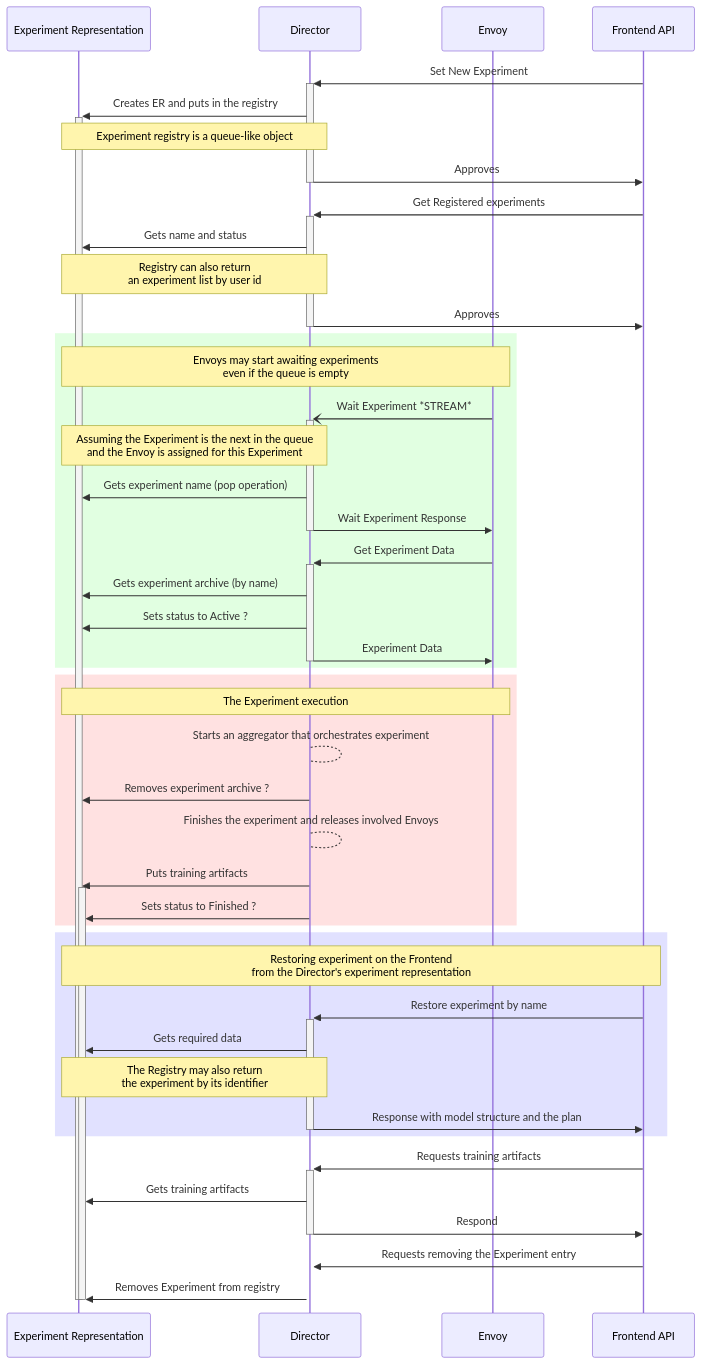
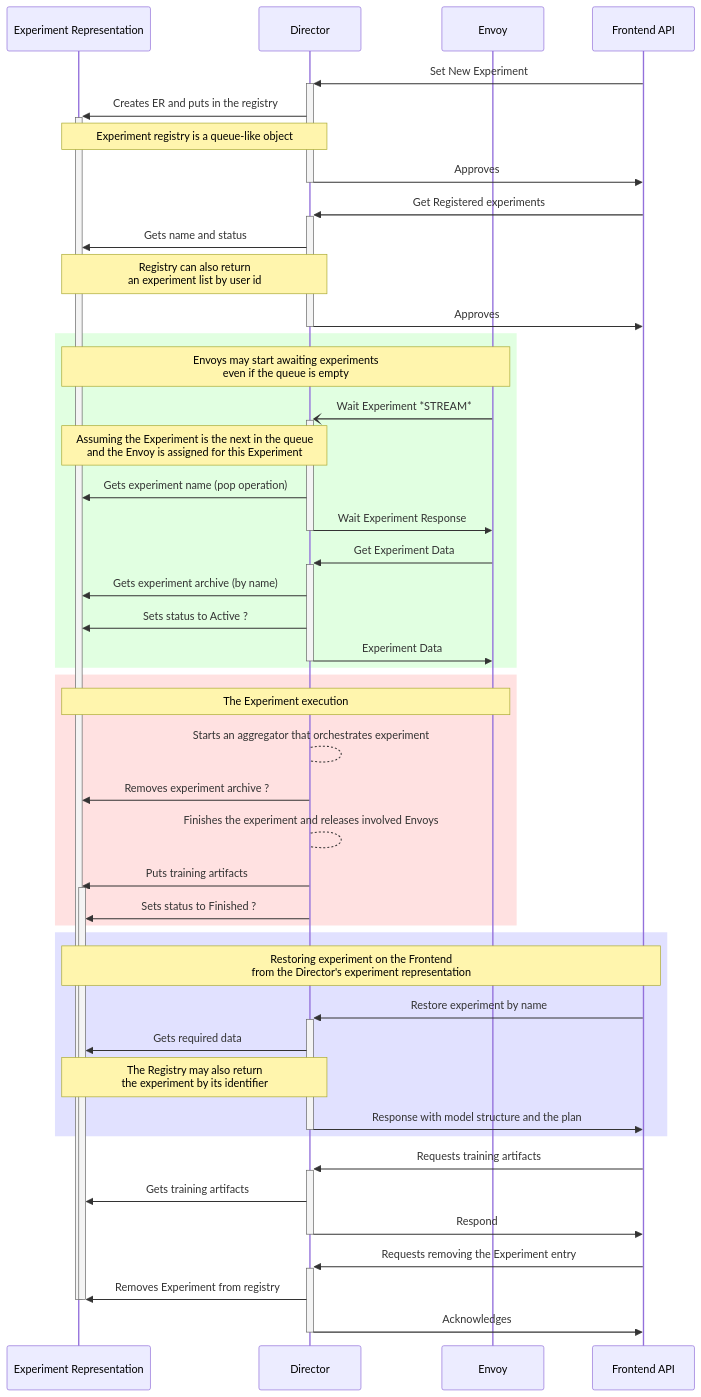
The diagram in docs/source/openfl/experiment_representation_and_RPCs.mmd (securefederatedai/openfl), drawn with Mermaid before and after one commit. The commit also changed 2 other files, not shown here.

Commit message:
Readme for Structurizr + fixes for mermaid

```diff
--- a/docs/source/openfl/experiment_representation_and_RPCs.mmd
+++ b/docs/source/openfl/experiment_representation_and_RPCs.mmd
@@ -1,56 +1,58 @@
 sequenceDiagram
   participant ER as Experiment Representation
   participant D as Director
   participant E as Envoy
   participant F as Frontend API
 
   F->>+D: Set New Experiment
   D->>+ER: Creates ER and puts in the registry
   note over ER,D: Experiment registry is a queue-like object
   D->>-F: Approves
 
   F->>+D: Get Registered experiments
   D->>ER: Gets name and status
   note over ER,D: Registry can also return <br>an experiment list by user id
   D->>-F: Approves
 
   rect rgb(225, 255, 225)
     note over ER,E: Envoys may start awaiting experiments <br>even if the queue is empty
     E-)+D: Wait Experiment *STREAM*
     note over ER,D: Assuming the Experiment is the next in the queue <br>and the Envoy is assigned for this Experiment
     D->>ER: Gets experiment name (pop operation)
     D->>-E: Wait Experiment Response
 
     E->>+D: Get Experiment Data
     D->>ER: Gets experiment archive (by name)
     D->>ER: Sets status to Active ?
     D->>-E: Experiment Data
   end
 
   rect rgb(255, 225, 225)
   note over ER,E: The Experiment execution
     D-->D: Starts an aggregator that orchestrates experiment
     D->>ER: Removes experiment archive ?
     D-->D: Finishes the experiment and releases involved Envoys
     D->>+ER: Puts training artifacts
     D->>ER: Sets status to Finished ?
   end
 
   rect rgb(225, 225, 255)
     note over ER,F: Restoring experiment on the Frontend <br>from the Director's experiment representation
     F->>+D: Restore experiment by name
     D->>ER: Gets required data
     note over ER,D: The Registry may also return <br>the experiment by its identifier
     D->>-F: Response with model structure and the plan
   end
 
 
   F->>+D: Requests training artifacts
   D->>ER: Gets training artifacts
   D->>-F: Respond
 
   F->>+D: Requests removing the Experiment entry
   D->>ER: Removes Experiment from registry
 
   deactivate ER
   deactivate ER
+
+  D->>-F: Acknowledges
```
